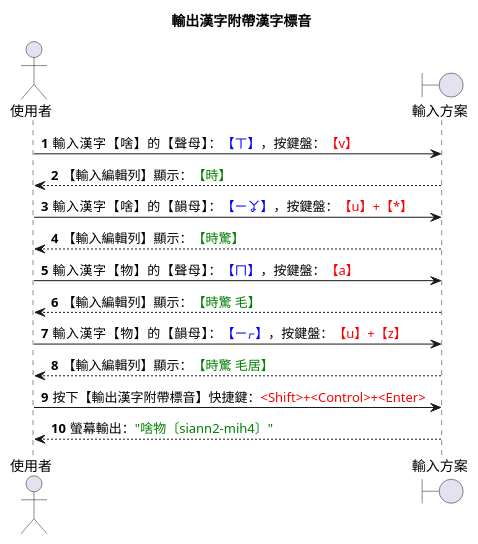
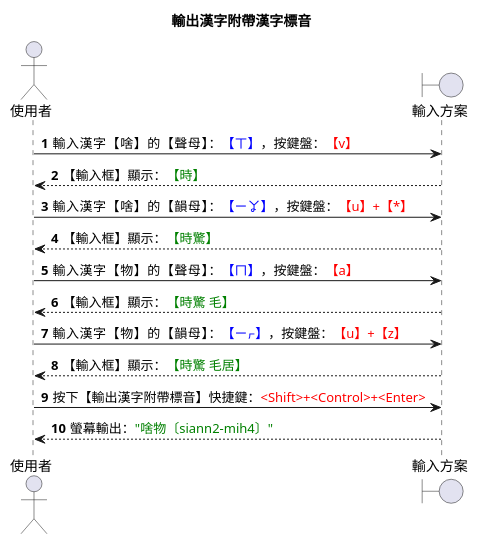
The seventh of 12 diagrams in docs/320_反切輸入法【方音符號】設計規格.md (AlanJui/rime-tlpa), drawn with PlantUML before and after one commit. The commit also changed other lines of this file and 16 other files, not shown here.

````diff
--- a/docs/320_反切輸入法【方音符號】設計規格.md
+++ b/docs/320_反切輸入法【方音符號】設計規格.md
@@ -393,24 +393,24 @@
 ```plantuml
 @startuml
 title 輸出漢字附帶漢字標音
 actor 使用者 as user
 boundary 輸入方案 as ime
 autonumber
 
 user -> ime : 輸入漢字【啥】的【聲母】：<color:blue>【ㄒ】<color:black>，按鍵盤：<color:red>【v】
-ime --> user : 【輸入編輯列】顯示：<color:green>【時】
+ime --> user : 【輸入框】顯示：<color:green>【時】
 
 user -> ime : 輸入漢字【啥】的【韻母】：<color:blue>【ㄧㆩ】<color:black>，按鍵盤：<color:red>【u】+【*】
-ime --> user : 【輸入編輯列】顯示：<color:green>【時驚】
+ime --> user : 【輸入框】顯示：<color:green>【時驚】
 
 user -> ime : 輸入漢字【物】的【聲母】：<color:blue>【ㄇ】<color:black>，按鍵盤：<color:red>【a】
-ime --> user : 【輸入編輯列】顯示：<color:green>【時驚 毛】
+ime --> user : 【輸入框】顯示：<color:green>【時驚 毛】
 
 user -> ime : 輸入漢字【物】的【韻母】：<color:blue>【ㄧㆷ】<color:black>，按鍵盤：<color:red>【u】+【z】
-ime --> user : 【輸入編輯列】顯示：<color:green>【時驚 毛居】
+ime --> user : 【輸入框】顯示：<color:green>【時驚 毛居】
 
 user -> ime : 按下【輸出漢字附帶標音】快捷鍵：<color:red><Shift>+<Control>+<Enter>
 ime --> user : 螢幕輸出：<color:green>"啥物〔siann2-mih4〕"
 
 @enduml
 ```
````
